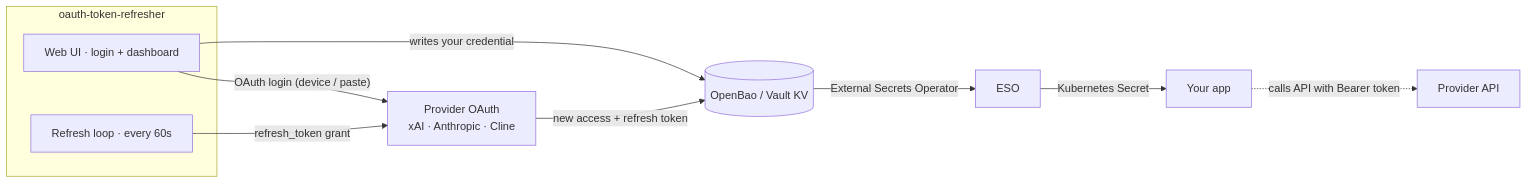
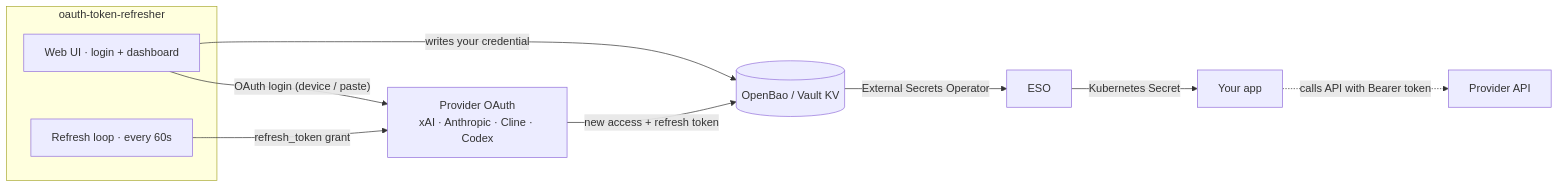
Before and after one commit to LoneExile/oauth-token-refresher: the first of 2 diagrams in README.md, drawn with Mermaid. The commit also changed other lines of this file and 14 other files, not shown here.

First line of the commit message:
feat(openai-codex): add the ChatGPT (Codex) OAuth provider

````diff
--- a/README.md
+++ b/README.md
@@ -14,14 +15,14 @@
 ```mermaid
 flowchart LR
     subgraph Ref["oauth-token-refresher"]
         UI["Web UI · login + dashboard"]
         LOOP["Refresh loop · every 60s"]
     end
-    UI -->|"OAuth login (device / paste)"| OAuth["Provider OAuth<br/>xAI · Anthropic · Cline"]
+    UI -->|"OAuth login (device / paste)"| OAuth["Provider OAuth<br/>xAI · Anthropic · Cline · Codex"]
     LOOP -->|"refresh_token grant"| OAuth
     OAuth -->|"new access + refresh token"| Bao[("OpenBao / Vault KV")]
     UI -->|"writes your credential"| Bao
     Bao -->|"External Secrets Operator"| ESO["ESO"]
     ESO -->|"Kubernetes Secret"| App["Your app"]
     App -.->|"calls API with Bearer token"| API["Provider API"]
 ```
````
